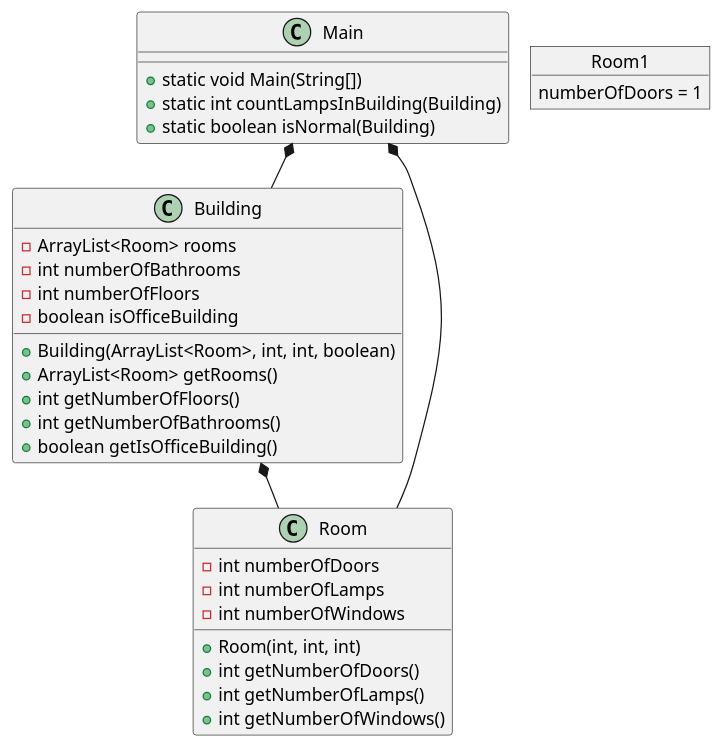
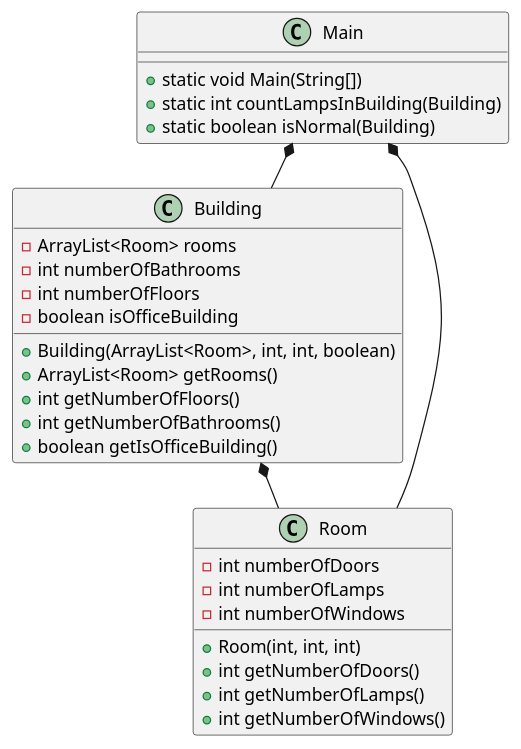
Before and after one commit to lassekh/ThursdayWeekFive_FilesAndComposition: the diagram in Documentation/BuildingsAndRooms.puml, drawn with PlantUML.

```diff
--- a/Documentation/BuildingsAndRooms.puml
+++ b/Documentation/BuildingsAndRooms.puml
@@ -1,49 +1,45 @@
 @startuml
 !pragma layout smetana
 'https://plantuml.com/object-diagram
 'Classes
 Class Main
 Class Building
 Class Room
 
 'Main objects
 
 'Main methods
 Main : + static void Main(String[])
 Main : + static int countLampsInBuilding(Building)
 Main : + static boolean isNormal(Building)
 
 'Room instance variables
 Room : - int numberOfDoors
 Room : - int numberOfLamps
 Room : - int numberOfWindows
 'Room constructor
 Room : + Room(int, int, int)
 'Room methods
 Room : + int getNumberOfDoors()
 Room : + int getNumberOfLamps()
 Room : + int getNumberOfWindows()
 
 'Building instance variables
 Building : - ArrayList<Room> rooms
 Building : - int numberOfBathrooms
 Building : - int numberOfFloors
 Building : - boolean isOfficeBuilding
 'Building constructor
 Building : + Building(ArrayList<Room>, int, int, boolean)
 'Building methods
 Building : + ArrayList<Room> getRooms()
 Building : + int getNumberOfFloors()
 Building : + int getNumberOfBathrooms()
 Building : + boolean getIsOfficeBuilding()
 
 Main *-- Room
 Main *-- Building
 Building *-- Room
 
 
-
-object Room1
-Room1 : numberOfDoors = 1
-
 @enduml
```
